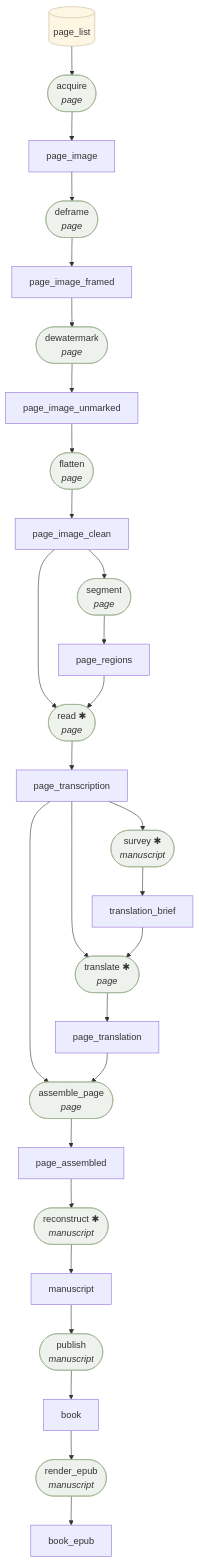
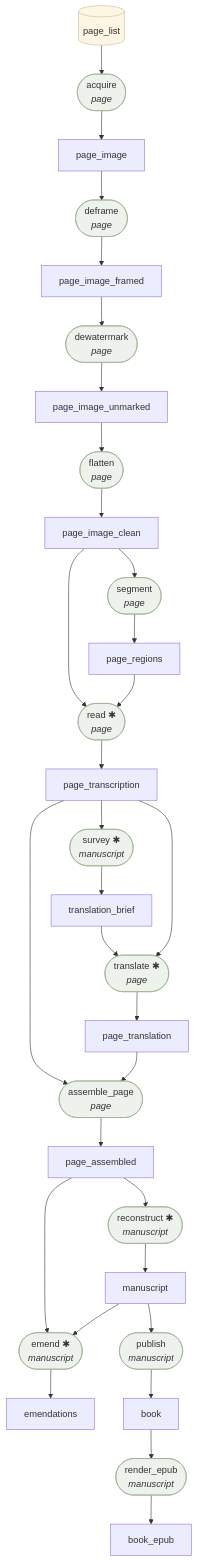
The diagram in docs/CONTRACTS.md (Dexin-Huang/palimpsest), drawn with Mermaid before and after one commit. The commit also changed other lines of this file and 10 other files, not shown here.

````diff
--- a/docs/CONTRACTS.md
+++ b/docs/CONTRACTS.md
@@ -9,68 +9,74 @@
 ```mermaid
 flowchart TB
   page_list --> acquire
   acquire --> page_image
   page_transcription --> assemble_page
   page_translation --> assemble_page
   assemble_page --> page_assembled
   page_image --> deframe
   deframe --> page_image_framed
   page_image_framed --> dewatermark
   dewatermark --> page_image_unmarked
+  manuscript --> emend
+  page_assembled --> emend
+  emend --> emendations
   page_image_unmarked --> flatten
   flatten --> page_image_clean
   manuscript --> publish
   publish --> book
   page_image_clean --> read
   page_regions --> read
   read --> page_transcription
   page_assembled --> reconstruct
   reconstruct --> manuscript
   book --> render_epub
   render_epub --> book_epub
   page_image_clean --> segment
   segment --> page_regions
   page_transcription --> survey
   survey --> translation_brief
   page_transcription --> translate
   translation_brief --> translate
   translate --> page_translation
   acquire(["acquire<br/><i>page</i>"])
   style acquire fill:#eef2ec,stroke:#9ab08f
   assemble_page(["assemble_page<br/><i>page</i>"])
   style assemble_page fill:#eef2ec,stroke:#9ab08f
   deframe(["deframe<br/><i>page</i>"])
   style deframe fill:#eef2ec,stroke:#9ab08f
   dewatermark(["dewatermark<br/><i>page</i>"])
   style dewatermark fill:#eef2ec,stroke:#9ab08f
+  emend(["emend ✱<br/><i>manuscript</i>"])
+  style emend fill:#eef2ec,stroke:#9ab08f
   flatten(["flatten<br/><i>page</i>"])
   style flatten fill:#eef2ec,stroke:#9ab08f
   publish(["publish<br/><i>manuscript</i>"])
   style publish fill:#eef2ec,stroke:#9ab08f
   read(["read ✱<br/><i>page</i>"])
   style read fill:#eef2ec,stroke:#9ab08f
   reconstruct(["reconstruct ✱<br/><i>manuscript</i>"])
   style reconstruct fill:#eef2ec,stroke:#9ab08f
   render_epub(["render_epub<br/><i>manuscript</i>"])
   style render_epub fill:#eef2ec,stroke:#9ab08f
   segment(["segment<br/><i>page</i>"])
   style segment fill:#eef2ec,stroke:#9ab08f
   survey(["survey ✱<br/><i>manuscript</i>"])
   style survey fill:#eef2ec,stroke:#9ab08f
   translate(["translate ✱<br/><i>page</i>"])
   style translate fill:#eef2ec,stroke:#9ab08f
   book["book"]
   book_epub["book_epub"]
+  emendations["emendations"]
   manuscript["manuscript"]
   page_assembled["page_assembled"]
   page_image["page_image"]
   page_image_clean["page_image_clean"]
   page_image_framed["page_image_framed"]
   page_image_unmarked["page_image_unmarked"]
   page_list[("page_list")]
   style page_list fill:#fdf6e3,stroke:#c9b99a
   page_regions["page_regions"]
   page_transcription["page_transcription"]
   page_translation["page_translation"]
   translation_brief["translation_brief"]
 ```
````
